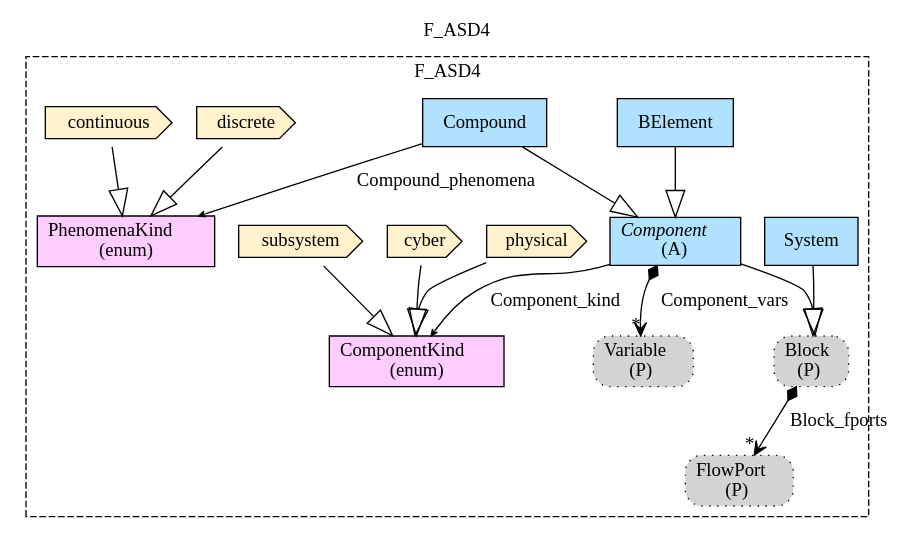
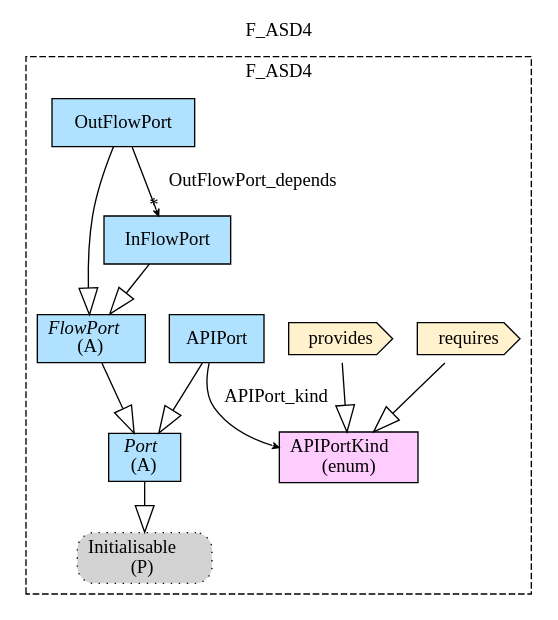
Before and after one commit to namalio/Fragmenta: the diagram in Haskell/IntoSysML/MM/img/F_ASD4.gv, drawn with Graphviz. The commit also changed 129 other files, not shown here.

```diff
--- a/Haskell/IntoSysML/MM/img/F_ASD4.gv
+++ b/Haskell/IntoSysML/MM/img/F_ASD4.gv
@@ -1,36 +1,25 @@
 digraph {graph[label=F_ASD4,labelloc=tl,labelfontsize=12];
 subgraph cluster_F_ASD4{style=dashed;label=F_ASD4;
-"System"[shape=record,fillcolor=lightskyblue1,style = filled,label="System"];
-"PBlock"[shape=box,fillcolor=lightgray,style ="rounded,filled,dotted",label=<Block<br/>(P)>];
-"PFlowPort"[shape=box,fillcolor=lightgray,style ="rounded,filled,dotted",label=<FlowPort<br/>(P)>];
-"PVariable"[shape=box,fillcolor=lightgray,style ="rounded,filled,dotted",label=<Variable<br/>(P)>];
-"BElement"[shape=record,fillcolor=lightskyblue1,style = filled,label="BElement"];
-"cyber"[shape=cds,fillcolor="#FFF2CC",style = filled,label="cyber"];
-"subsystem"[shape=cds,fillcolor="#FFF2CC",style = filled,label="subsystem"];
-"physical"[shape=cds,fillcolor="#FFF2CC",style = filled,label="physical"];
-"Component"[shape=record,fillcolor=lightskyblue1,style = filled,label=<{<I>Component</I><br/>(A)}>];
-"ComponentKind"[shape=record,fillcolor="#FFCCFF",style = filled,label="ComponentKind\l(enum)"];
-"discrete"[shape=cds,fillcolor="#FFF2CC",style = filled,label="discrete"];
-"continuous"[shape=cds,fillcolor="#FFF2CC",style = filled,label="continuous"];
-"Compound"[shape=record,fillcolor=lightskyblue1,style = filled,label="Compound"];
-"PhenomenaKind"[shape=record,fillcolor="#FFCCFF",style = filled,label="PhenomenaKind\l(enum)"];
+"requires"[shape=cds,fillcolor="#FFF2CC",style = filled,label="requires"];
+"provides"[shape=cds,fillcolor="#FFF2CC",style = filled,label="provides"];
+"APIPortKind"[shape=record,fillcolor="#FFCCFF",style = filled,label="APIPortKind\l(enum)"];
+"PInitialisable"[shape=box,fillcolor=lightgray,style ="rounded,filled,dotted",label=<Initialisable<br/>(P)>];
+"APIPort"[shape=record,fillcolor=lightskyblue1,style = filled,label="APIPort"];
+"Port"[shape=record,fillcolor=lightskyblue1,style = filled,label=<{<I>Port</I><br/>(A)}>];
+"FlowPort"[shape=record,fillcolor=lightskyblue1,style = filled,label=<{<I>FlowPort</I><br/>(A)}>];
+"OutFlowPort"[shape=record,fillcolor=lightskyblue1,style = filled,label="OutFlowPort"];
+"InFlowPort"[shape=record,fillcolor=lightskyblue1,style = filled,label="InFlowPort"];
 
-"System"->"PBlock"[arrowhead=onormal,arrowsize=2.0];
-"Component"->"PBlock"[arrowhead=onormal,arrowsize=2.0];
-"PBlock"->"PFlowPort"[label="Block_fports",arrowhead=vee,arrowtail=diamond,dir=both,headlabel="*"];
-"Component"->"PVariable"[label="Component_vars",arrowhead=vee,arrowtail=diamond,dir=both,headlabel="*"];
-"Compound"->"Component"[arrowhead=onormal,arrowsize=2.0];
-"BElement"->"Component"[arrowhead=onormal,arrowsize=2.0];
-"cyber"->"ComponentKind"[arrowhead=onormal,arrowsize=2.0];
-"subsystem"->"ComponentKind"[arrowhead=onormal,arrowsize=2.0];
-"physical"->"ComponentKind"[arrowhead=onormal,arrowsize=2.0];
-"Component"->"ComponentKind"[label="Component_kind",arrowhead=vee,headlabel="",arrowsize=.5];
-"discrete"->"PhenomenaKind"[arrowhead=onormal,arrowsize=2.0];
-"continuous"->"PhenomenaKind"[arrowhead=onormal,arrowsize=2.0];
-"Compound"->"PhenomenaKind"[label="Compound_phenomena",arrowhead=vee,headlabel="",arrowsize=.5];
+"requires"->"APIPortKind"[arrowhead=onormal,arrowsize=2.0];
+"provides"->"APIPortKind"[arrowhead=onormal,arrowsize=2.0];
+"APIPort"->"APIPortKind"[label="APIPort_kind",arrowhead=vee,headlabel="",arrowsize=.5];
+"Port"->"PInitialisable"[arrowhead=onormal,arrowsize=2.0];
+"FlowPort"->"Port"[arrowhead=onormal,arrowsize=2.0];
+"APIPort"->"Port"[arrowhead=onormal,arrowsize=2.0];
+"InFlowPort"->"FlowPort"[arrowhead=onormal,arrowsize=2.0];
+"OutFlowPort"->"FlowPort"[arrowhead=onormal,arrowsize=2.0];
+"OutFlowPort"->"InFlowPort"[label="OutFlowPort_depends",arrowhead=vee,headlabel="*",arrowsize=.5];
 
 }
 
-
-
 }
```
